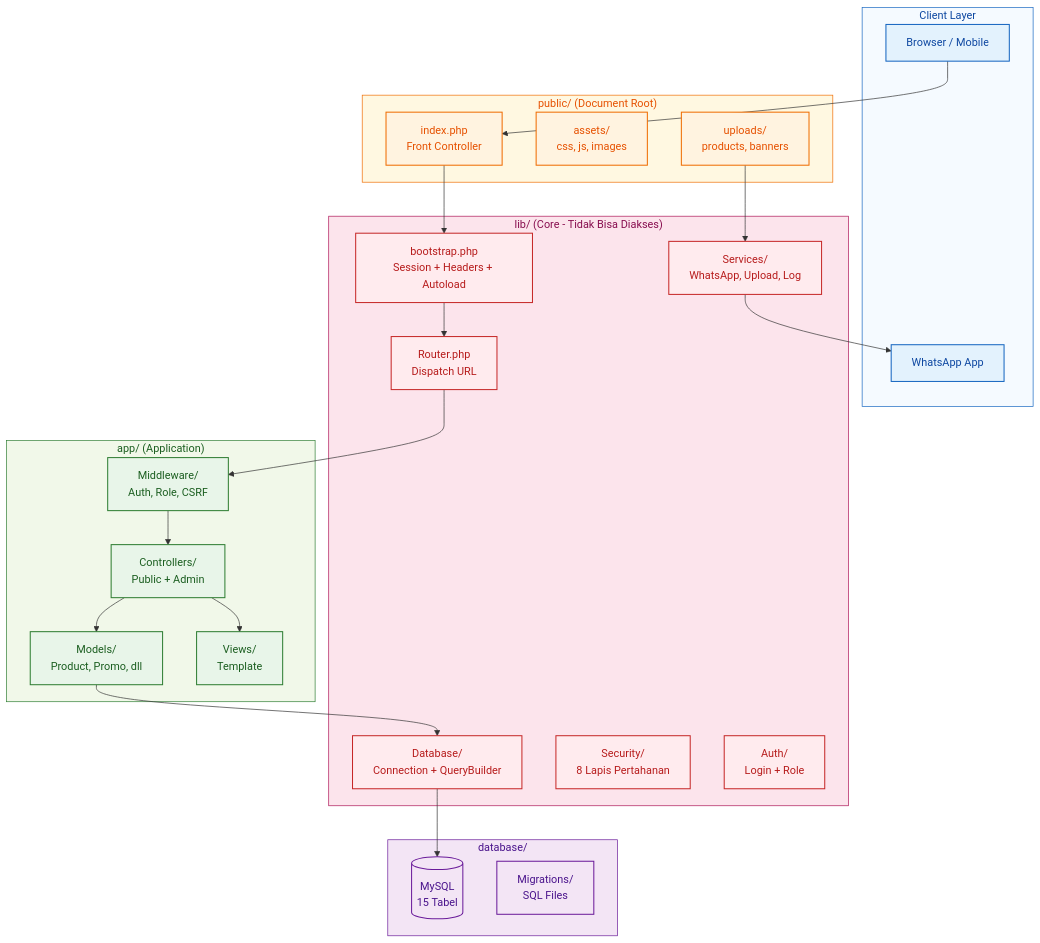
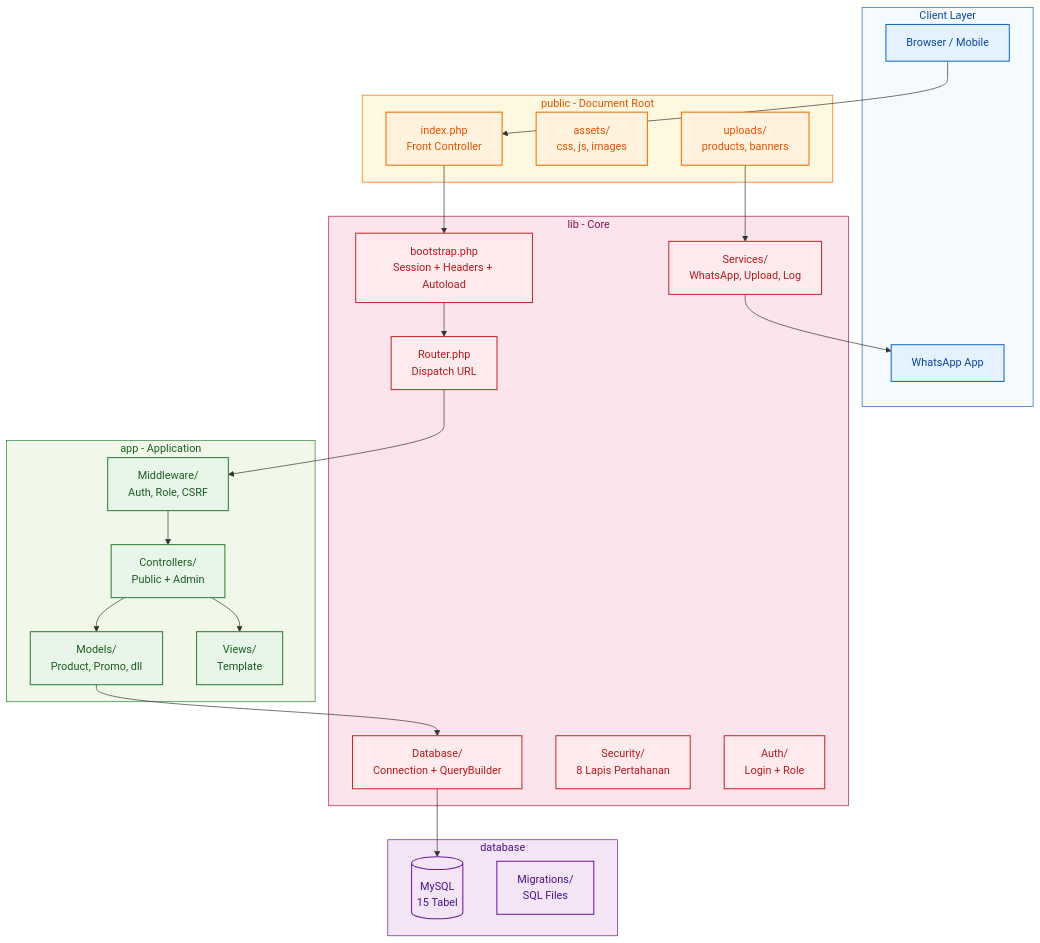
Before and after one commit to sekarpratama/project1: the fifth of 19 diagrams in README.md, drawn with Mermaid. The commit also changed other lines of this file, not shown here.

````diff
--- a/README.md
+++ b/README.md
@@ -199,58 +205,58 @@
 ```mermaid
 flowchart TB
     subgraph CLIENT["Client Layer"]
         Browser["Browser / Mobile"]:::client
         WA["WhatsApp App"]:::client
     end
 
-    subgraph PUBLIC["public/ (Document Root)"]
+    subgraph PUBLIC["public - Document Root"]
         Index["index.php<br/>Front Controller"]:::pub
         Assets["assets/<br/>css, js, images"]:::pub
         Uploads["uploads/<br/>products, banners"]:::pub
     end
 
-    subgraph CORE["lib/ (Core - Tidak Bisa Diakses)"]
+    subgraph CORE["lib - Core"]
         Bootstrap["bootstrap.php<br/>Session + Headers + Autoload"]:::core
         Router["Router.php<br/>Dispatch URL"]:::core
         DB["Database/<br/>Connection + QueryBuilder"]:::core
         Security["Security/<br/>8 Lapis Pertahanan"]:::core
         Auth["Auth/<br/>Login + Role"]:::core
         Services["Services/<br/>WhatsApp, Upload, Log"]:::core
     end
 
-    subgraph APP["app/ (Application)"]
+    subgraph APP["app - Application"]
         Controllers["Controllers/<br/>Public + Admin"]:::app
         Models["Models/<br/>Product, Promo, dll"]:::app
         Views["Views/<br/>Template"]:::app
         Middleware["Middleware/<br/>Auth, Role, CSRF"]:::app
     end
 
-    subgraph DATA["database/"]
+    subgraph DATA["database"]
         MySQL[("MySQL<br/>15 Tabel")]:::data
         Migrations["Migrations/<br/>SQL Files"]:::data
     end
 
     Browser --> Index
     Index --> Bootstrap
     Bootstrap --> Router
     Router --> Middleware
     Middleware --> Controllers
     Controllers --> Models
     Controllers --> Views
     Models --> DB
     DB --> MySQL
     Services --> WA
     Uploads --> Services
 
     classDef client fill:#e3f2fd,stroke:#1565c0,stroke-width:1.5px,color:#0d47a1
     classDef pub fill:#fff3e0,stroke:#ef6c00,stroke-width:1.5px,color:#e65100
     classDef core fill:#ffebee,stroke:#c62828,stroke-width:1.5px,color:#b71c1c
     classDef app fill:#e8f5e9,stroke:#2e7d32,stroke-width:1.5px,color:#1b5e20
     classDef data fill:#f3e5f5,stroke:#6a1b9a,stroke-width:1.5px,color:#4a148c
 
     style CLIENT fill:#f5faff,stroke:#1565c0,color:#0d47a1
     style PUBLIC fill:#fff8e1,stroke:#ef6c00,color:#e65100
     style CORE fill:#fce4ec,stroke:#ad1457,color:#880e4f
     style APP fill:#f1f8e9,stroke:#2e7d32,color:#1b5e20
     style DATA fill:#f3e5f5,stroke:#6a1b9a,color:#4a148c
 ```
````
